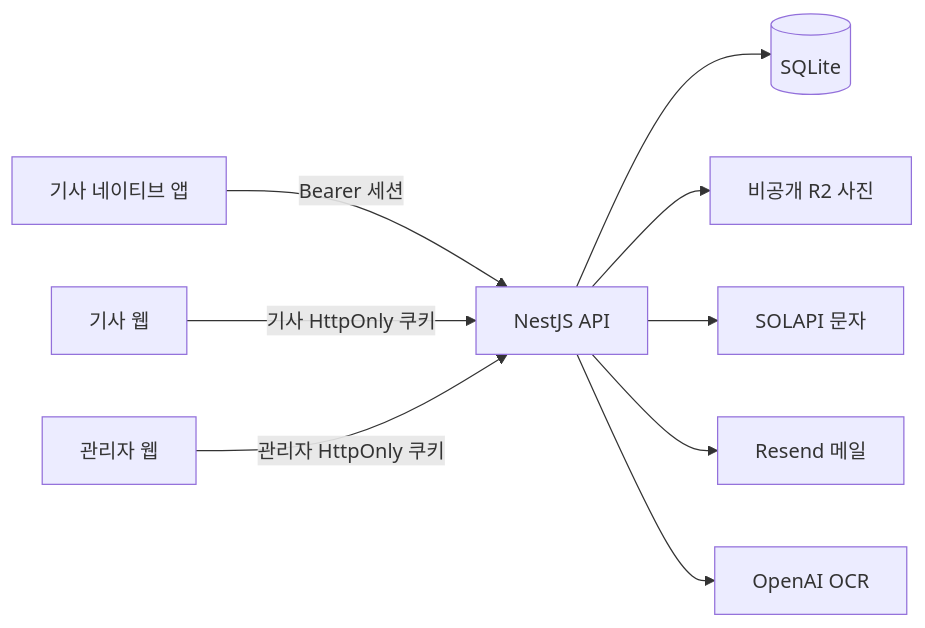
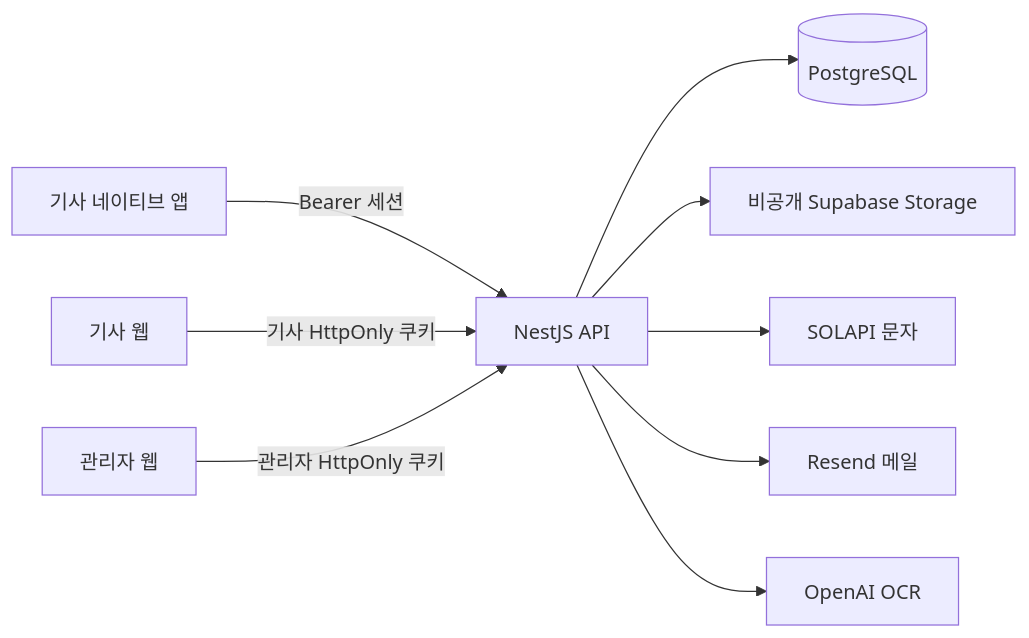
One commit to hpluscem-ai/app changed the diagram in docs/handover.md. Above: the diagram before and after it, drawn with Mermaid. The commit also changed other lines of this file and 6 other files, not shown here.

````diff
--- a/docs/handover.md
+++ b/docs/handover.md
@@ -42,11 +42,11 @@
 ```mermaid
 flowchart LR
   N[기사 네이티브 앱] -->|Bearer 세션| API[NestJS API]
   W[기사 웹] -->|기사 HttpOnly 쿠키| API
   A[관리자 웹] -->|관리자 HttpOnly 쿠키| API
-  API --> DB[(SQLite)]
-  API --> R2[비공개 R2 사진]
+  API --> DB[(PostgreSQL)]
+  API --> STORE[비공개 Supabase Storage]
   API --> SMS[SOLAPI 문자]
   API --> MAIL[Resend 메일]
   API --> OCR[OpenAI OCR]
 ```
````
